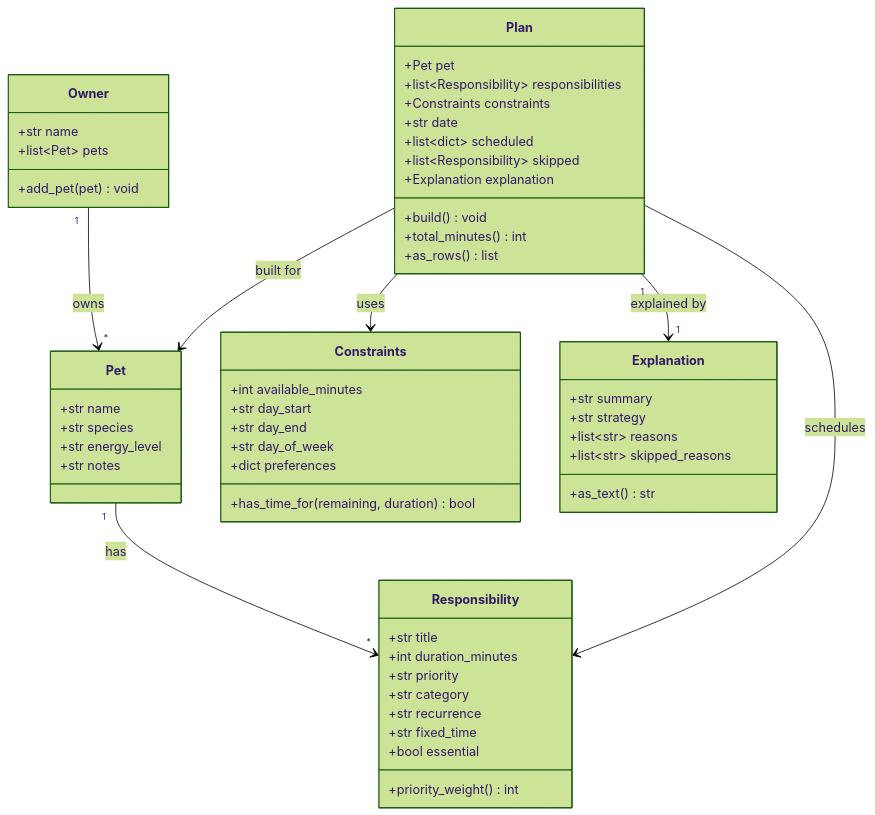
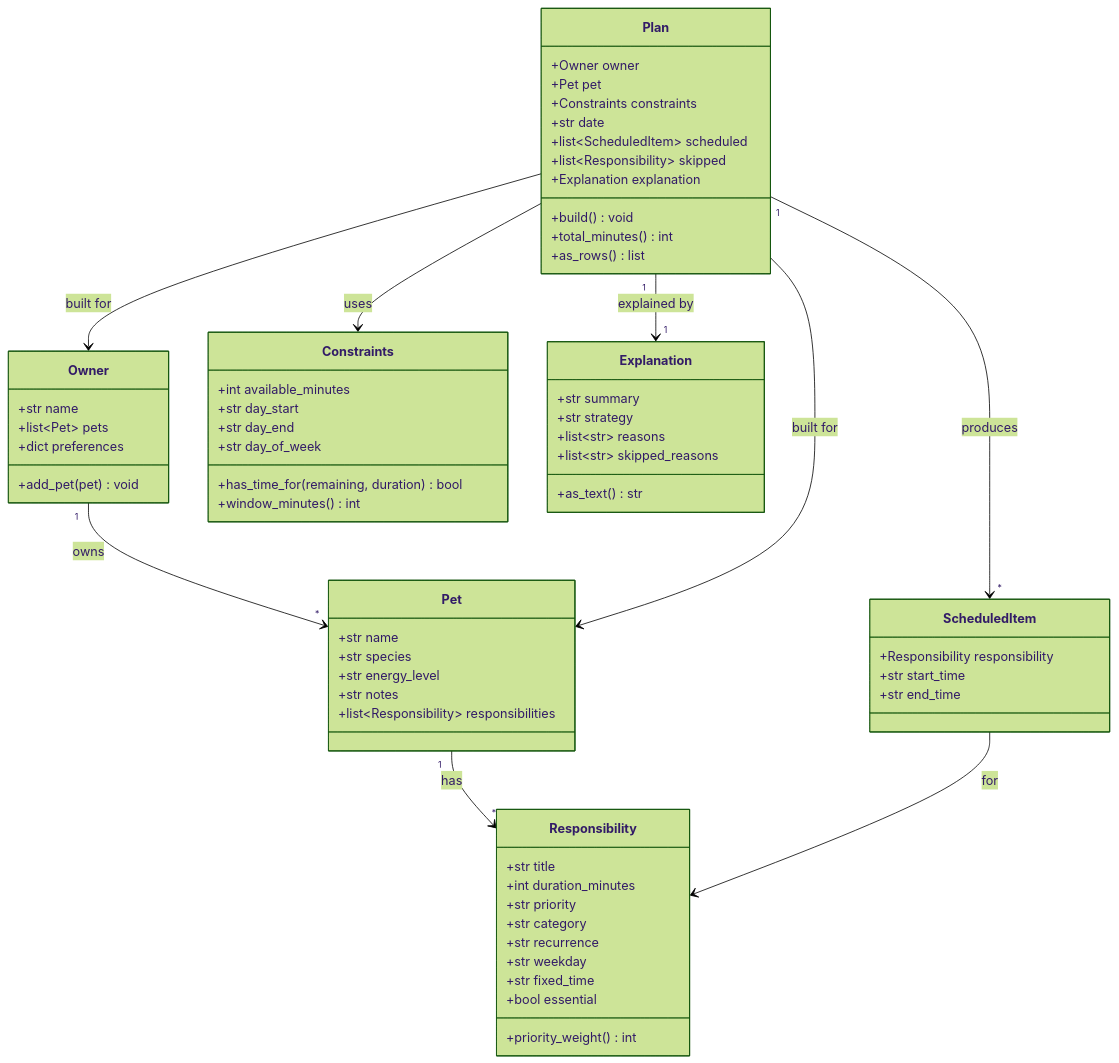
The diagram in diagrams/uml_draft.mmd (codepath/ai110-module2show-pawpal-starter), drawn with Mermaid (forest theme) before and after one commit. The commit also changed 1 other file, not shown here.

```diff
--- a/diagrams/uml_draft.mmd
+++ b/diagrams/uml_draft.mmd
@@ -1,59 +1,68 @@
 classDiagram
     %% PawPal+ object design (draft).
 
     class Owner {
         +str name
         +list~Pet~ pets
+        +dict preferences
         +add_pet(pet) void
     }
     class Pet {
         +str name
         +str species
         +str energy_level
         +str notes
+        +list~Responsibility~ responsibilities
     }
     class Responsibility {
         +str title
         +int duration_minutes
         +str priority
         +str category
         +str recurrence
+        +str weekday
         +str fixed_time
         +bool essential
         +priority_weight() int
     }
     class Constraints {
         +int available_minutes
         +str day_start
         +str day_end
         +str day_of_week
-        +dict preferences
         +has_time_for(remaining, duration) bool
+        +window_minutes() int
     }
     class Plan {
+        +Owner owner
         +Pet pet
-        +list~Responsibility~ responsibilities
         +Constraints constraints
         +str date
-        +list~dict~ scheduled
+        +list~ScheduledItem~ scheduled
         +list~Responsibility~ skipped
         +Explanation explanation
         +build() void
         +total_minutes() int
         +as_rows() list
+    }
+    class ScheduledItem {
+        +Responsibility responsibility
+        +str start_time
+        +str end_time
     }
     class Explanation {
         +str summary
         +str strategy
         +list~str~ reasons
         +list~str~ skipped_reasons
         +as_text() str
     }
 
-    %% scheduled: list of dicts, each {responsibility, start_time, end_time}
     Owner "1" --> "*" Pet : owns
     Pet "1" --> "*" Responsibility : has
+    Plan --> Owner : built for
     Plan --> Pet : built for
-    Plan --> Responsibility : schedules
     Plan --> Constraints : uses
+    Plan "1" --> "*" ScheduledItem : produces
+    ScheduledItem --> Responsibility : for
     Plan "1" --> "1" Explanation : explained by
```
